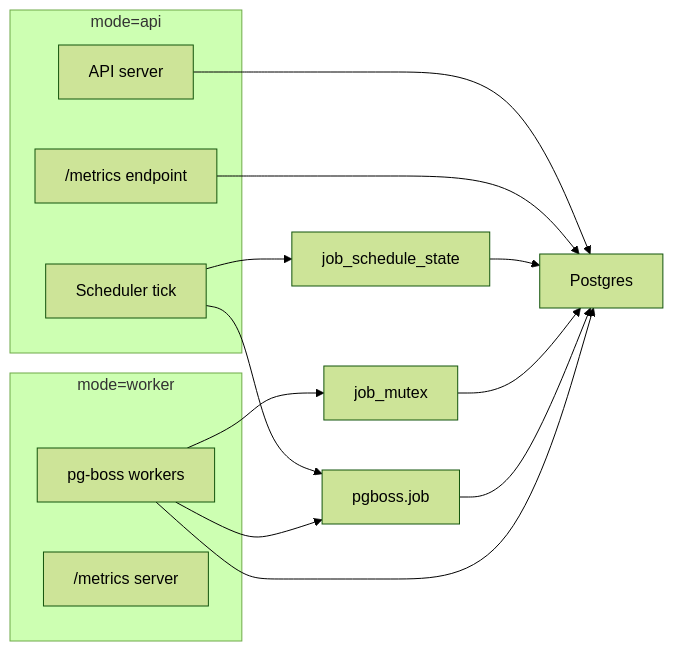
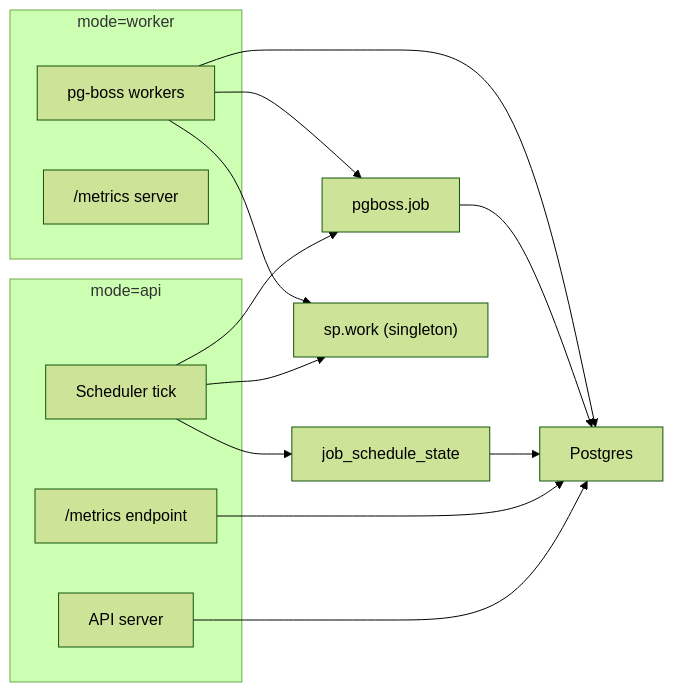
Before and after one commit to FilOzone/dealbot: the diagram in docs/jobs.md, drawn with Mermaid (forest theme). The commit also changed other lines of this file and 8 other files, not shown here.

````diff
--- a/docs/jobs.md
+++ b/docs/jobs.md
@@ -92,30 +94,30 @@
 ```mermaid
 flowchart LR
   subgraph API["mode=api"]
     APIHTTP["API server"]
     Scheduler["Scheduler tick"]
     APIMetrics["/metrics endpoint"]
   end
 
   subgraph Worker["mode=worker"]
     Workers["pg-boss workers"]
     Metrics["/metrics server"]
   end
 
   DB["Postgres"]
   ScheduleTable["job_schedule_state"]
-  MutexTable["job_mutex"]
   BossJobs["pgboss.job"]
+  SpQueue["sp.work (singleton)"]
 
   APIHTTP --> DB
   APIMetrics --> DB
   Scheduler --> ScheduleTable
   Scheduler --> BossJobs
+  Scheduler --> SpQueue
   ScheduleTable --> DB
-  MutexTable --> DB
   BossJobs --> DB
 
   Workers --> BossJobs
-  Workers --> MutexTable
+  Workers --> SpQueue
   Workers --> DB
 ```
````
